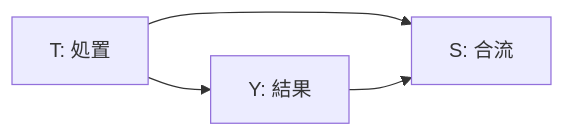
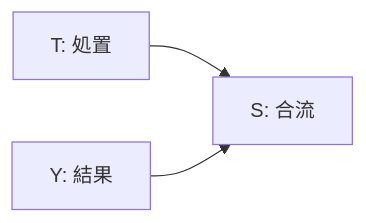
The third of 6 diagrams in papers/vol-04/chapter-05.md (nahisaho/ARIMAgentDataAnalysisBook), drawn with Mermaid before and after one commit. The commit also changed other lines of this file, not shown here.

````diff
--- a/papers/vol-04/chapter-05.md
+++ b/papers/vol-04/chapter-05.md
@@ -79,6 +79,5 @@
 ```mermaid
 graph LR
     T[T: 処置] --> S[S: 合流]
     Y[Y: 結果] --> S
-    T --> Y
 ```
````
